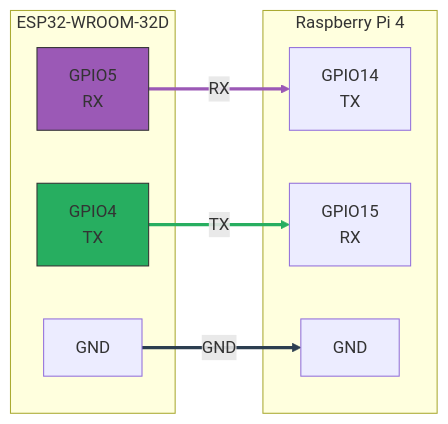
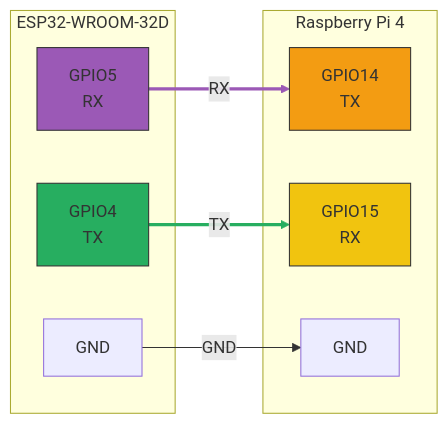
Before and after one commit to HeyHeyHeyHeyHe/ecg-monitor-rtos-pi: the third of 3 diagrams in README.md, drawn with Mermaid. The commit also changed other lines of this file and 7 other files, not shown here.

````diff
--- a/README.md
+++ b/README.md
@@ -110,25 +110,26 @@
   ```mermaid
   graph LR
     subgraph "ESP32-WROOM-32D"
         GPIO4[GPIO4\nTX]
         GPIO5[GPIO5\nRX]
         GND1[GND]
     end
 
     subgraph "Raspberry Pi 4"
         GPIO14[GPIO14\nTX]
         GPIO15[GPIO15\nRX]
         GND2[GND]
     end
 
     GPIO4 -->|"TX"| GPIO15
     GPIO5 -->|"RX"| GPIO14
     GND1 -->|"GND"| GND2
 
     style GPIO4 fill:#27ae60,stroke:#333
     style GPIO5 fill:#9b59b6,stroke:#333
+    style GPIO14 fill:#f39c12,stroke:#333
+    style GPIO15 fill:#f1c40f,stroke:#333
 
     linkStyle 0 stroke:#27ae60,stroke-width:3px
     linkStyle 1 stroke:#9b59b6,stroke-width:3px
-    linkStyle 2 stroke:#2c3e50,stroke-width:3px
   ```
````
